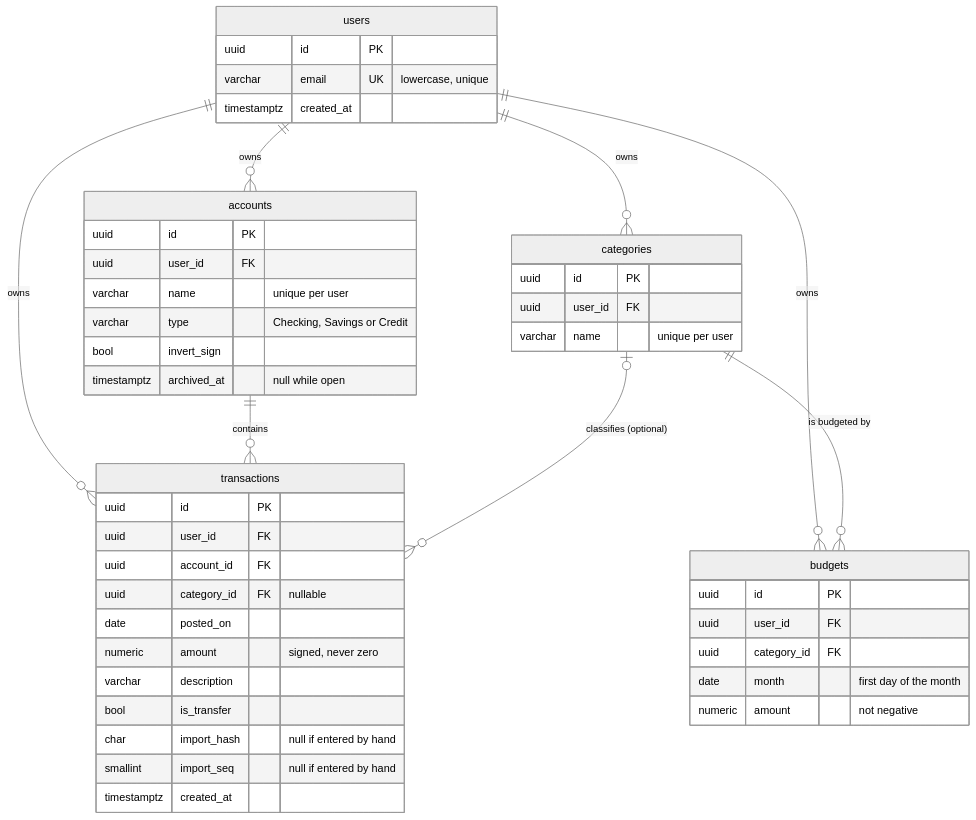
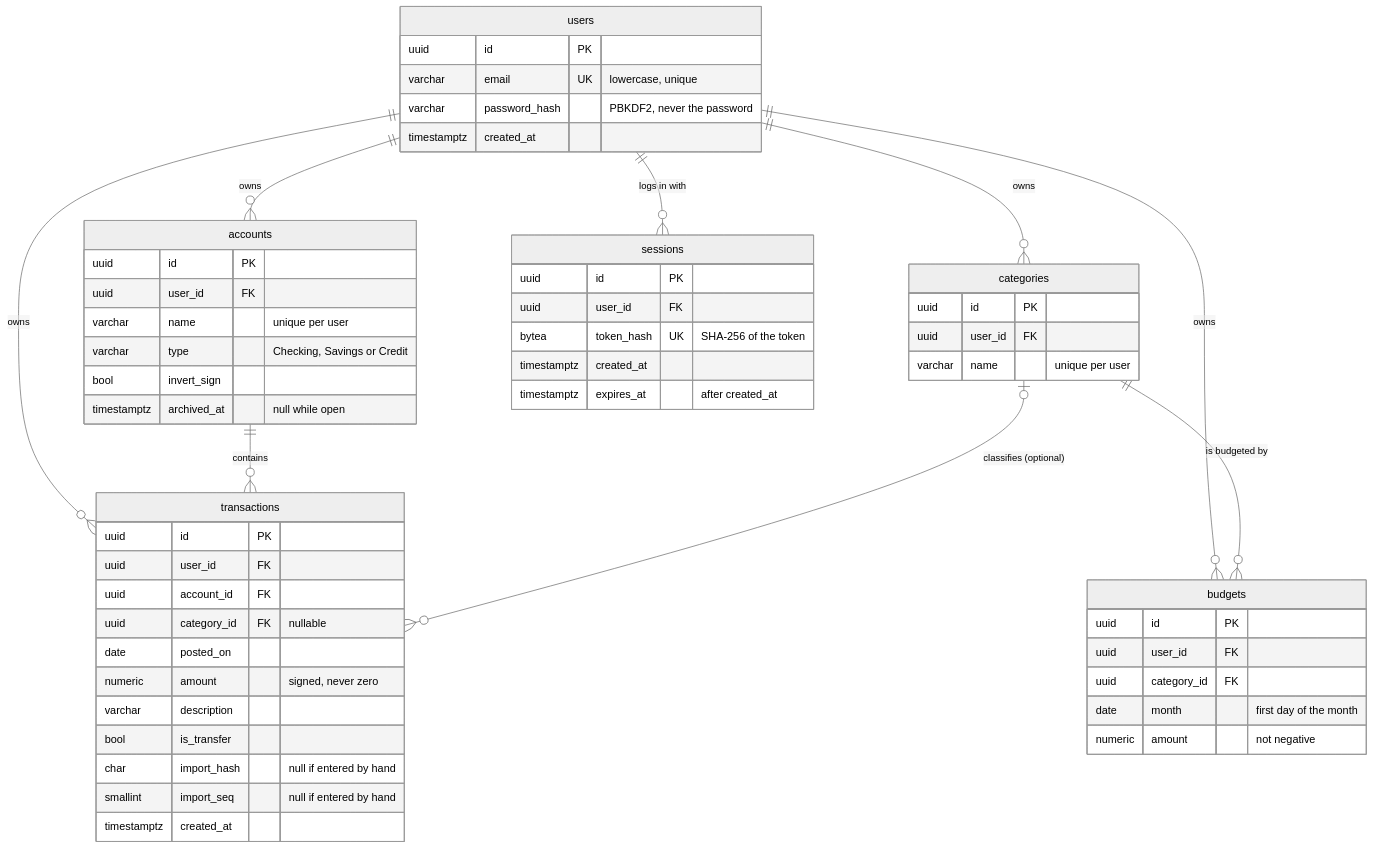
One commit to public-void-ryan/budget-tracker changed the diagram in README.md. Above: the diagram before and after it, drawn with Mermaid (neutral theme). The commit also changed other lines of this file, not shown here.

Commit message:
docs: document auth, update data model and roadmap

````diff
--- a/README.md
+++ b/README.md
@@ -24,49 +75,58 @@
 ```mermaid
 erDiagram
     users ||--o{ accounts : owns
     users ||--o{ categories : owns
     users ||--o{ transactions : owns
     users ||--o{ budgets : owns
+    users ||--o{ sessions : "logs in with"
     accounts ||--o{ transactions : contains
     categories |o--o{ transactions : "classifies (optional)"
     categories ||--o{ budgets : "is budgeted by"
 
     users {
         uuid id PK
         varchar email UK "lowercase, unique"
+        varchar password_hash "PBKDF2, never the password"
         timestamptz created_at
+    }
+    sessions {
+        uuid id PK
+        uuid user_id FK
+        bytea token_hash UK "SHA-256 of the token"
+        timestamptz created_at
+        timestamptz expires_at "after created_at"
     }
     accounts {
         uuid id PK
         uuid user_id FK
         varchar name "unique per user"
         varchar type "Checking, Savings or Credit"
         bool invert_sign
         timestamptz archived_at "null while open"
     }
     categories {
         uuid id PK
         uuid user_id FK
         varchar name "unique per user"
     }
     transactions {
         uuid id PK
         uuid user_id FK
         uuid account_id FK
         uuid category_id FK "nullable"
         date posted_on
         numeric amount "signed, never zero"
         varchar description
         bool is_transfer
         char import_hash "null if entered by hand"
         smallint import_seq "null if entered by hand"
         timestamptz created_at
     }
     budgets {
         uuid id PK
         uuid user_id FK
         uuid category_id FK
         date month "first day of the month"
         numeric amount "not negative"
     }
 ```
````
